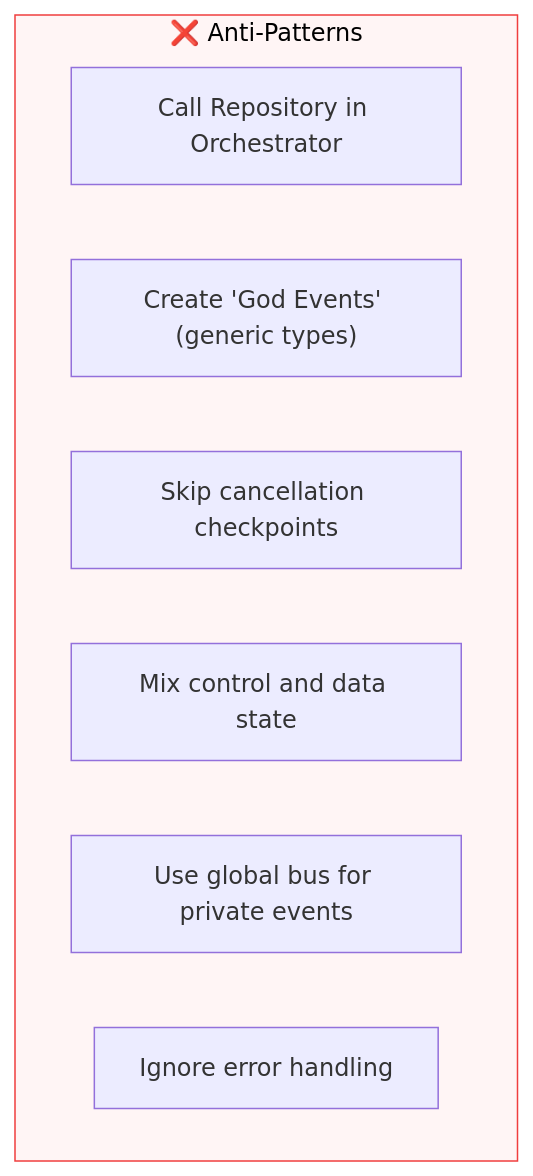
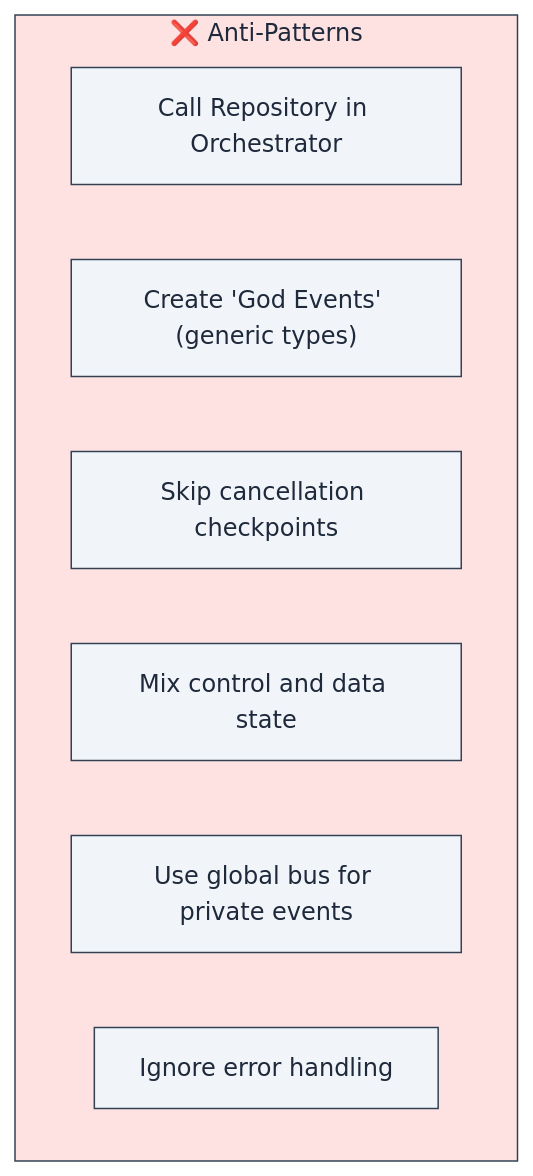
The second of 14 diagrams in book/chapters/07_best_practices.md (lploc94/flutter_orchestrator), drawn with Mermaid before and after one commit. The commit also changed other lines of this file and 4 other files, not shown here.

````diff
--- a/book/chapters/07_best_practices.md
+++ b/book/chapters/07_best_practices.md
@@ -34,13 +42,19 @@
 ```mermaid
 graph TB
     subgraph Dont["❌ Anti-Patterns"]
         X1["Call Repository in Orchestrator"]
         X2["Create 'God Events' (generic types)"]
         X3["Skip cancellation checkpoints"]
         X4["Mix control and data state"]
         X5["Use global bus for private events"]
         X6["Ignore error handling"]
     end
     
-    style Dont fill:#fff5f5,stroke:#f03e3e,color:#000
+    style Dont fill:#fee2e2,stroke:#334155,color:#1e293b
+    style X1 fill:#f1f5f9,stroke:#334155,color:#1e293b
+    style X2 fill:#f1f5f9,stroke:#334155,color:#1e293b
+    style X3 fill:#f1f5f9,stroke:#334155,color:#1e293b
+    style X4 fill:#f1f5f9,stroke:#334155,color:#1e293b
+    style X5 fill:#f1f5f9,stroke:#334155,color:#1e293b
+    style X6 fill:#f1f5f9,stroke:#334155,color:#1e293b
 ```
````
